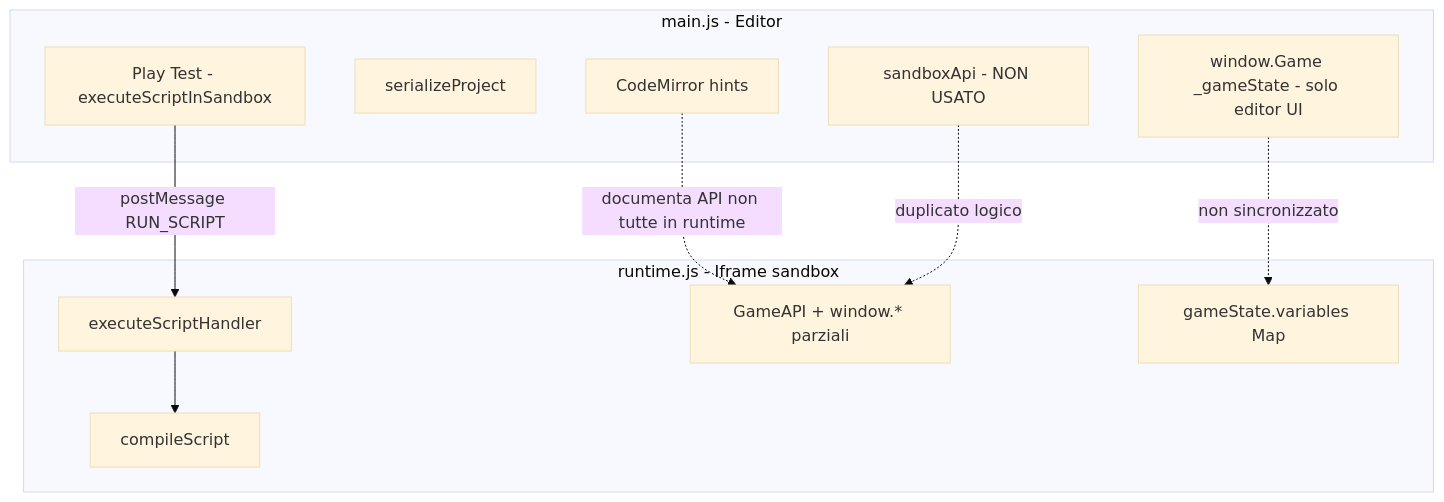
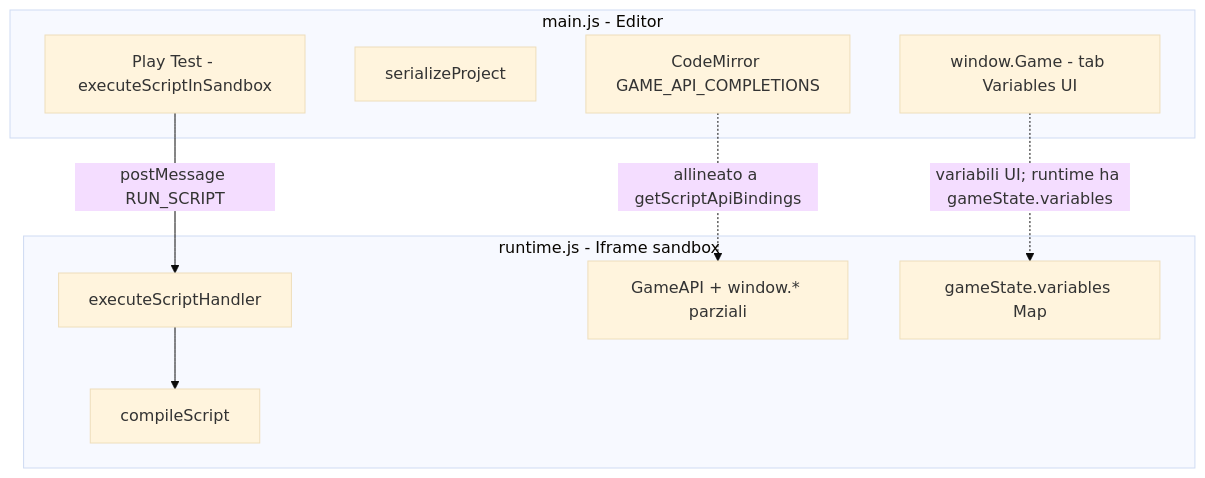
One commit to IlDam649/amianto_editor changed the first of 2 diagrams in API_UNIFICATION_CHECKLIST.md. Above: the diagram before and after it, drawn with Mermaid (base theme). The commit also changed other lines of this file and 6 other files, not shown here.

First line of the commit message:
Sync runtime/editor inventory; API & docs updates

````diff
--- a/API_UNIFICATION_CHECKLIST.md
+++ b/API_UNIFICATION_CHECKLIST.md
@@ -13,23 +13,21 @@
 ```mermaid
 flowchart TB
   subgraph editor [main.js - Editor]
-    CM[CodeMirror hints]
+    CM[CodeMirror GAME_API_COMPLETIONS]
     SER[serializeProject]
     PT[Play Test - executeScriptInSandbox]
-    DEAD[sandboxApi - NON USATO]
-    GEDIT[window.Game _gameState - solo editor UI]
+    GEDIT[window.Game - tab Variables UI]
   end
 
   subgraph iframe [runtime.js - Iframe sandbox]
     CS[compileScript]
     ESH[executeScriptHandler]
     GA[GameAPI + window.* parziali]
     GS[gameState.variables Map]
   end
 
   PT -->|postMessage RUN_SCRIPT| ESH
   ESH --> CS
-  CM -.->|documenta API non tutte in runtime| GA
-  DEAD -.->|duplicato logico| GA
-  GEDIT -.->|non sincronizzato| GS
+  CM -.->|allineato a getScriptApiBindings| GA
+  GEDIT -.->|variabili UI; runtime ha gameState.variables| GS
 ```
````
